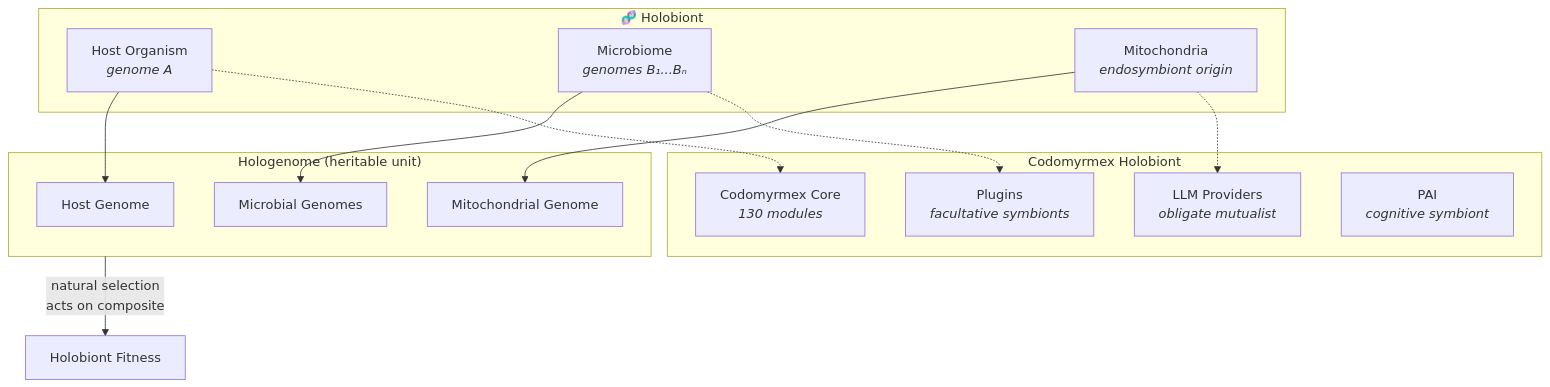
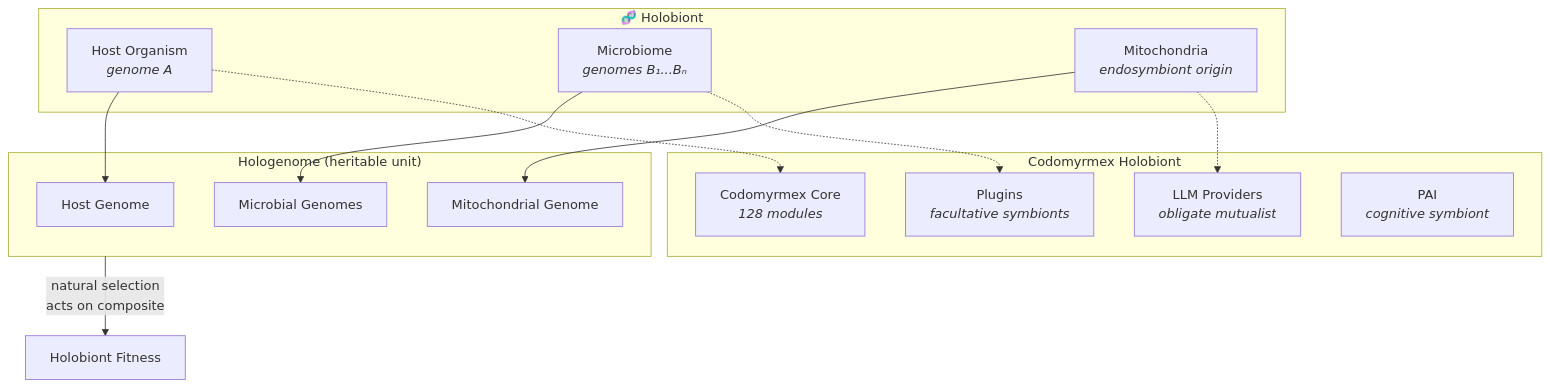
The first of 2 diagrams in docs/bio/symbiosis.md (docxology/codomyrmex), drawn with Mermaid before and after one commit. The commit also changed 91 other files, not shown here.

````diff
--- a/docs/bio/symbiosis.md
+++ b/docs/bio/symbiosis.md
@@ -17,31 +17,31 @@
 ```mermaid
 graph TB
     subgraph HOLOBIONT["🧬 Holobiont"]
         HOST["Host Organism<br/><i>genome A</i>"]
         MICRO["Microbiome<br/><i>genomes B₁...Bₙ</i>"]
         MITO["Mitochondria<br/><i>endosymbiont origin</i>"]
     end
 
     subgraph HOLOGENOME["Hologenome (heritable unit)"]
         HOST_G["Host Genome"]
         MICRO_G["Microbial Genomes"]
         MITO_G["Mitochondrial Genome"]
     end
 
     HOST --> HOST_G
     MICRO --> MICRO_G
     MITO --> MITO_G
 
     HOLOGENOME -->|"natural selection<br/>acts on composite"| FITNESS["Holobiont Fitness"]
 
     subgraph CDM_HOLO["Codomyrmex Holobiont"]
-        CDM_HOST["Codomyrmex Core<br/><i>130 modules</i>"]
+        CDM_HOST["Codomyrmex Core<br/><i>128 modules</i>"]
         CDM_LLM["LLM Providers<br/><i>obligate mutualist</i>"]
         CDM_PLUGINS["Plugins<br/><i>facultative symbionts</i>"]
         CDM_PAI["PAI<br/><i>cognitive symbiont</i>"]
     end
 
     HOST -.-> CDM_HOST
     MICRO -.-> CDM_PLUGINS
     MITO -.-> CDM_LLM
 ```
````
